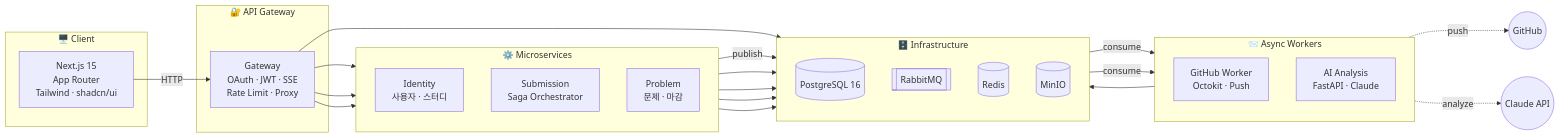
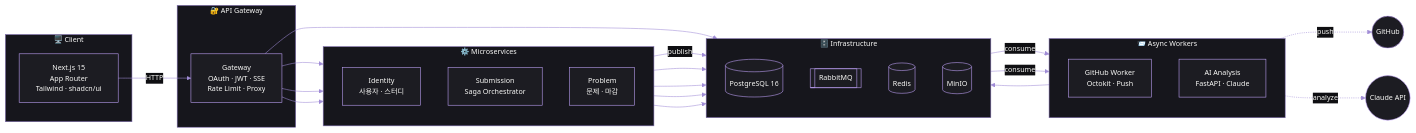
Before and after one commit to tpals0409/AlgoSu: the diagram in README.md, drawn with Mermaid.

Commit message:
style(README): 아키텍처 다이어그램에 AlgoSu 디자인 토큰 적용
- Primary #7C6AAE, Accent #C4A6FF, Dark bg #0F0F12
- 노드/클러스터/연결선 색상 통일
- 폰트: Sora (UI 디자인 시스템 Heading font)

````diff
--- a/README.md
+++ b/README.md
@@ -59,42 +59,59 @@
 ```mermaid
+%%{init: {'theme': 'base', 'themeVariables': {
+  'primaryColor': '#7C6AAE',
+  'primaryTextColor': '#FAFAF8',
+  'primaryBorderColor': '#C4A6FF',
+  'lineColor': '#A08CD6',
+  'secondaryColor': '#1C1C22',
+  'tertiaryColor': '#0F0F12',
+  'mainBkg': '#1C1C22',
+  'nodeBorder': '#C4A6FF',
+  'clusterBkg': '#16161C',
+  'clusterBorder': '#7C6AAE',
+  'titleColor': '#FAFAF8',
+  'edgeLabelBackground': '#0F0F12',
+  'textColor': '#FAFAF8',
+  'fontSize': '13px',
+  'fontFamily': 'Sora, sans-serif'
+}}}%%
 flowchart LR
     subgraph CLIENT["🖥️ Client"]
         Next["Next.js 15\nApp Router\nTailwind · shadcn/ui"]
     end
 
     subgraph GATEWAY["🔐 API Gateway"]
         GW["Gateway\nOAuth · JWT · SSE\nRate Limit · Proxy"]
     end
 
     subgraph SERVICES["⚙️ Microservices"]
         direction TB
         ID["Identity\n사용자 · 스터디"]
         SUB["Submission\nSaga Orchestrator"]
         PROB["Problem\n문제 · 마감"]
     end
 
     subgraph ASYNC["📨 Async Workers"]
         direction TB
         GH["GitHub Worker\nOctokit · Push"]
         AI["AI Analysis\nFastAPI · Claude"]
     end
 
     subgraph INFRA["🗄️ Infrastructure"]
         direction TB
         PG[("PostgreSQL 16")]
         RMQ[["RabbitMQ"]]
         RD[("Redis")]
         MIO[("MinIO")]
     end
 
     Next -->|HTTP| GW
     GW --> ID & SUB & PROB
     SUB -->|publish| RMQ
     RMQ -->|consume| GH & AI
     ID & SUB & PROB --> PG
     GW & SUB --> RD
     GH --> MIO
 
     GH -..->|push| EXT_GH(("GitHub"))
     AI -..->|analyze| EXT_CL(("Claude API"))
 ```
````
